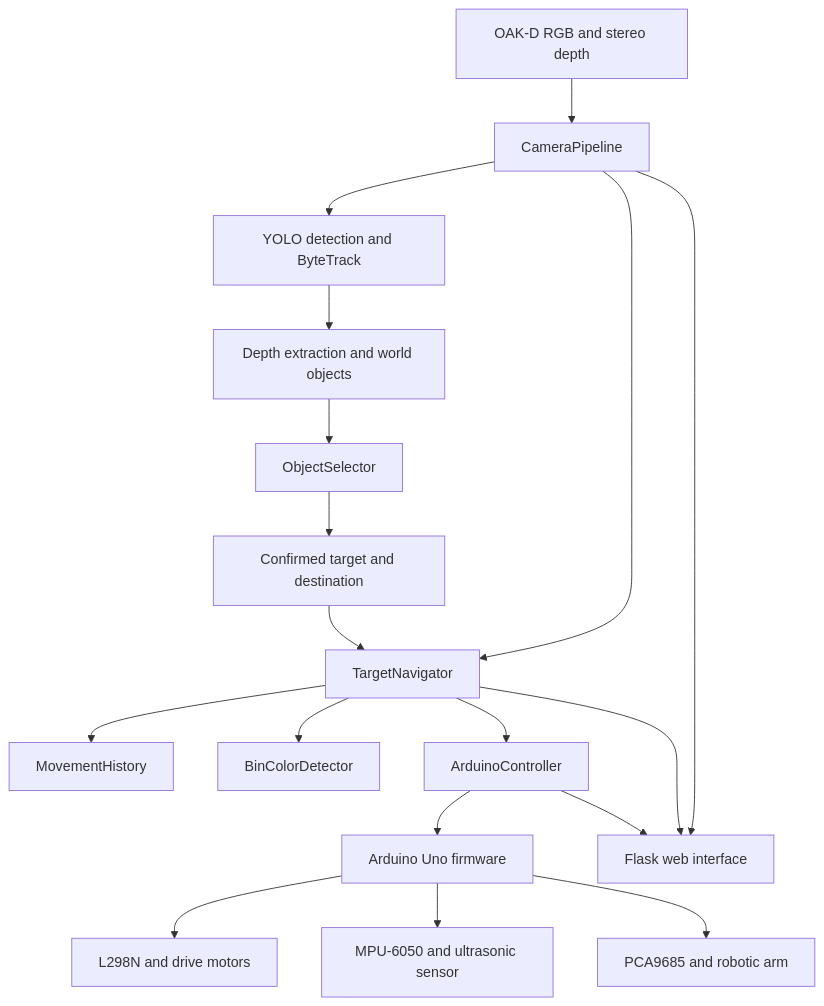
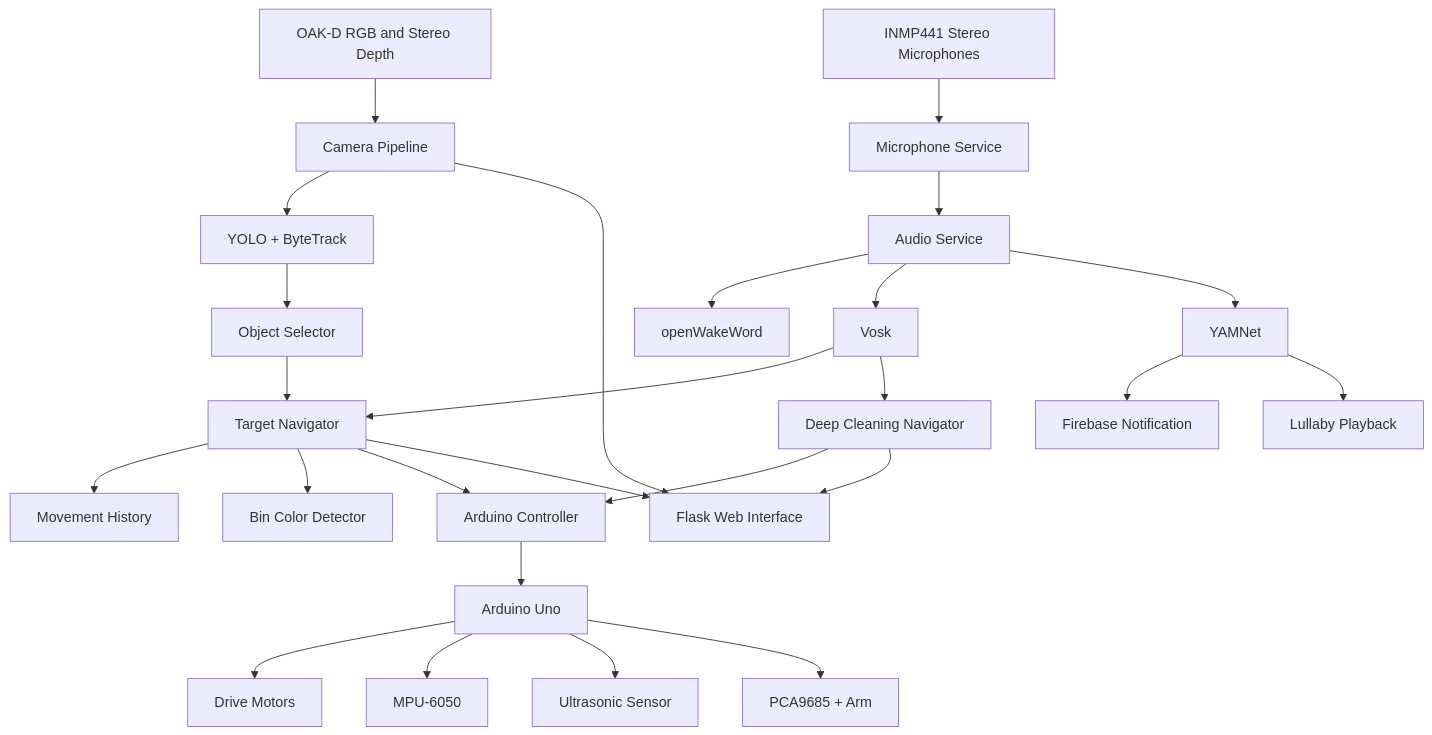
Before and after one commit to LanaHawash/RobotProject: the diagram in README.md, drawn with Mermaid. The commit also changed other lines of this file and 1 other file, not shown here.

````diff
--- a/README.md
+++ b/README.md
@@ -45,20 +71,36 @@
 ```mermaid
 flowchart TD
-    A[OAK-D RGB and stereo depth] --> B[CameraPipeline]
-    B --> C[YOLO detection and ByteTrack]
-    C --> D[Depth extraction and world objects]
-    D --> E[ObjectSelector]
-    E --> F[Confirmed target and destination]
-    F --> G[TargetNavigator]
-    B --> G
-    G --> H[MovementHistory]
-    G --> I[BinColorDetector]
-    G --> J[ArduinoController]
-    J --> K[Arduino Uno firmware]
-    K --> L[L298N and drive motors]
-    K --> M[MPU-6050 and ultrasonic sensor]
-    K --> N[PCA9685 and robotic arm]
-    B --> O[Flask web interface]
-    G --> O
-    J --> O
+    A[OAK-D RGB and Stereo Depth] --> B[Camera Pipeline]
+    B --> C[YOLO + ByteTrack]
+    C --> D[Object Selector]
+    D --> E[Target Navigator]
+
+    E --> F[Movement History]
+    E --> G[Bin Color Detector]
+    E --> H[Arduino Controller]
+
+    I[Deep Cleaning Navigator] --> H
+
+    J[INMP441 Stereo Microphones] --> K[Microphone Service]
+    K --> L[Audio Service]
+
+    L --> M[openWakeWord]
+    L --> N[Vosk]
+    L --> O[YAMNet]
+
+    N --> E
+    N --> I
+
+    O --> P[Firebase Notification]
+    O --> Q[Lullaby Playback]
+
+    H --> R[Arduino Uno]
+    R --> S[Drive Motors]
+    R --> T[MPU-6050]
+    R --> U[Ultrasonic Sensor]
+    R --> V[PCA9685 + Arm]
+
+    B --> W[Flask Web Interface]
+    E --> W
+    I --> W
 ```
````
